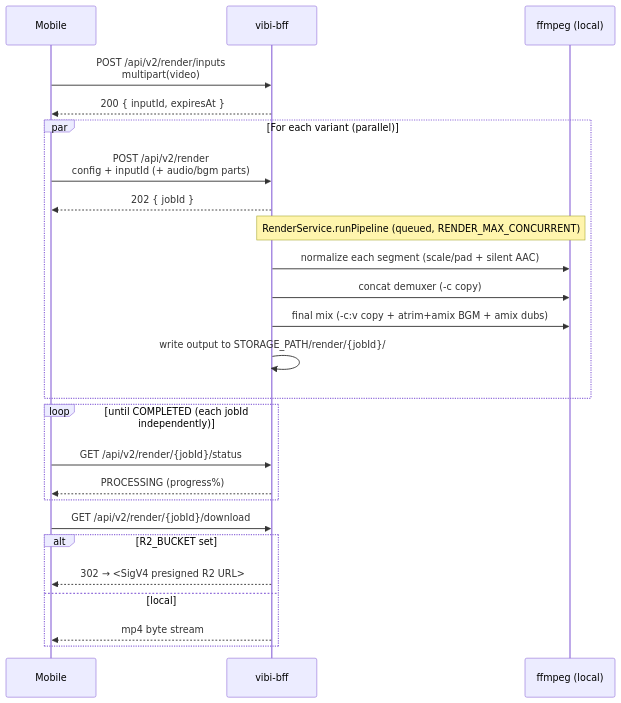
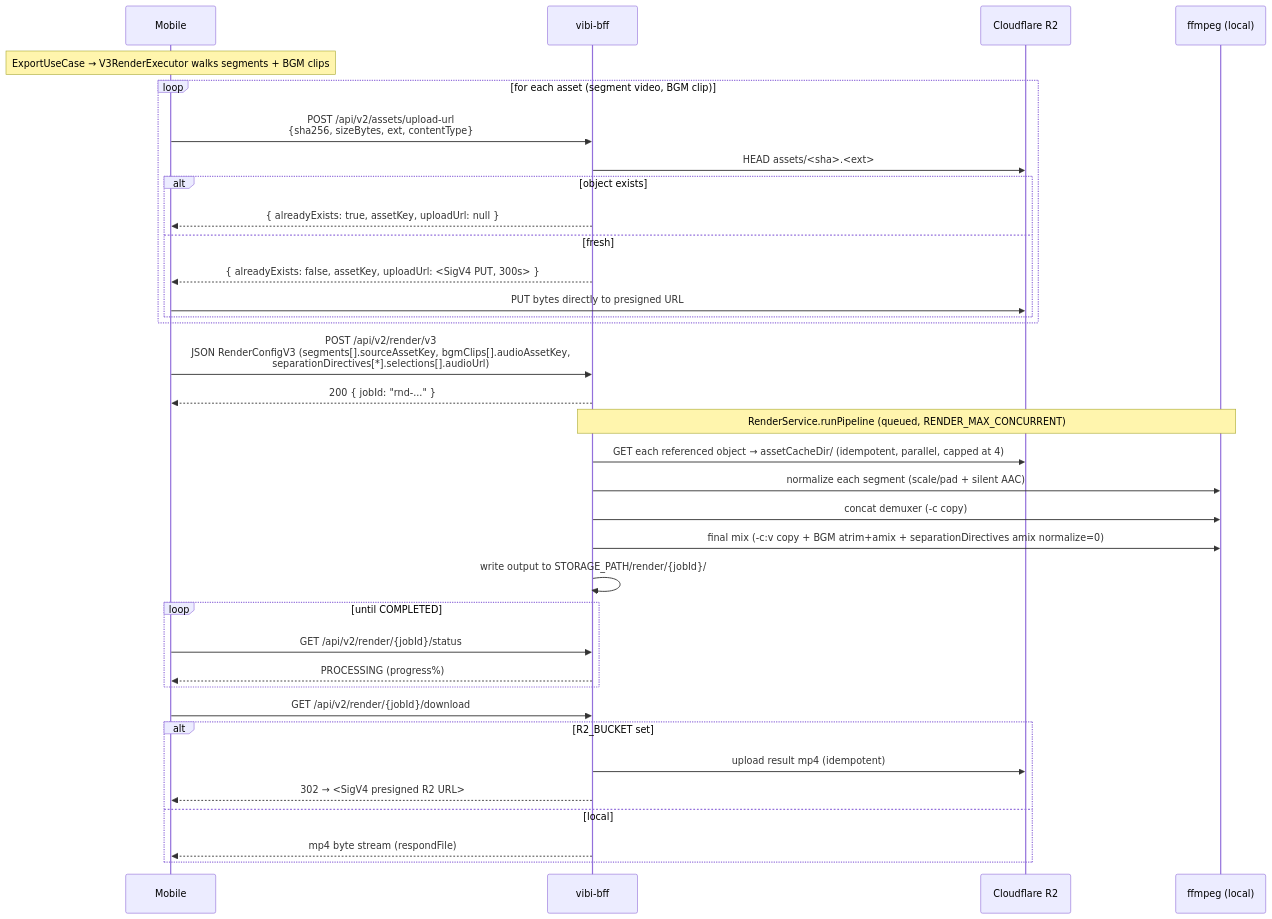
Before and after one commit to perso-devrel/vibi-landing: the second of 2 diagrams in docs/explanation/pipelines.md, drawn with Mermaid. The commit also changed other lines of this file and 12 other files, not shown here.

````diff
--- a/docs/explanation/pipelines.md
+++ b/docs/explanation/pipelines.md
@@ -99,30 +85,41 @@
 ```mermaid
 sequenceDiagram
     participant M as Mobile
     participant B as vibi-bff
+    participant R as Cloudflare R2
     participant F as ffmpeg (local)
 
-    M->>B: POST /api/v2/render/inputs<br/>multipart(video)
-    B-->>M: 200 { inputId, expiresAt }
-
-    par For each variant (parallel)
-        M->>B: POST /api/v2/render<br/>config + inputId (+ audio/bgm parts)
-        B-->>M: 202 { jobId }
-        Note over B,F: RenderService.runPipeline (queued, RENDER_MAX_CONCURRENT)
-        B->>F: normalize each segment (scale/pad + silent AAC)
-        B->>F: concat demuxer (-c copy)
-        B->>F: final mix (-c:v copy + atrim+amix BGM + amix dubs)
-        B->>B: write output to STORAGE_PATH/render/{jobId}/
+    Note over M: ExportUseCase → V3RenderExecutor walks segments + BGM clips
+    loop for each asset (segment video, BGM clip)
+        M->>B: POST /api/v2/assets/upload-url<br/>{sha256, sizeBytes, ext, contentType}
+        B->>R: HEAD assets/<sha>.<ext>
+        alt object exists
+            B-->>M: { alreadyExists: true, assetKey, uploadUrl: null }
+        else fresh
+            B-->>M: { alreadyExists: false, assetKey, uploadUrl: <SigV4 PUT, 300s> }
+            M->>R: PUT bytes directly to presigned URL
+        end
     end
 
-    loop until COMPLETED (each jobId independently)
+    M->>B: POST /api/v2/render/v3<br/>JSON RenderConfigV3 (segments[].sourceAssetKey, bgmClips[].audioAssetKey,<br/>separationDirectives[*].selections[].audioUrl)
+    B-->>M: 200 { jobId: "rnd-..." }
+
+    Note over B,F: RenderService.runPipeline (queued, RENDER_MAX_CONCURRENT)
+    B->>R: GET each referenced object → assetCacheDir/ (idempotent, parallel, capped at 4)
+    B->>F: normalize each segment (scale/pad + silent AAC)
+    B->>F: concat demuxer (-c copy)
+    B->>F: final mix (-c:v copy + BGM atrim+amix + separationDirectives amix normalize=0)
+    B->>B: write output to STORAGE_PATH/render/{jobId}/
+
+    loop until COMPLETED
         M->>B: GET /api/v2/render/{jobId}/status
         B-->>M: PROCESSING (progress%)
     end
     M->>B: GET /api/v2/render/{jobId}/download
     alt R2_BUCKET set
+        B->>R: upload result mp4 (idempotent)
         B-->>M: 302 → <SigV4 presigned R2 URL>
     else local
-        B-->>M: mp4 byte stream
+        B-->>M: mp4 byte stream (respondFile)
     end
 ```
````
